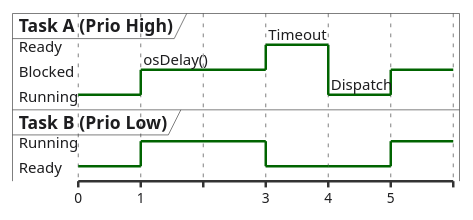
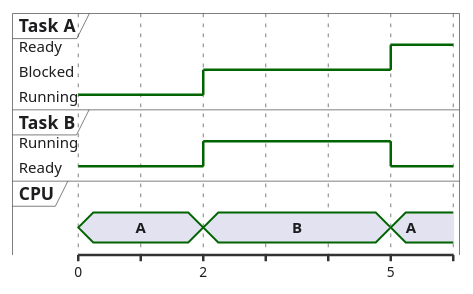
Before and after one commit to dantschi/echtzeitsysteme: the fifth of 8 diagrams in vorlesungen/03_einfuehrung-rtos.qmd, drawn with PlantUML. The commit also changed other lines of this file and 1 other file, not shown here.

````diff
--- a/vorlesungen/03_einfuehrung-rtos.qmd
+++ b/vorlesungen/03_einfuehrung-rtos.qmd
@@ -413,39 +383,29 @@
 ```{.plantuml}
 @startuml
 skinparam backgroundColor transparent
 skinparam defaultFontName "Inter, sans-serif"
 skinparam defaultFontColor #1D1D1F
 skinparam ArrowColor #86868B
-skinparam NoteBackgroundColor #F5F5F7
-skinparam NoteBorderColor #E5E5EA
 skinparam timing {
   BackgroundColor #FFFFFF
   BorderColor #E5E5EA
   LineColor #1D1D1F
   SignalColor #E2001A
 }
-
-robust "Task A (Prio High)" as TA
-robust "Task B (Prio Low)" as TB
-
+robust "Task A" as A
+robust "Task B" as B
+concise "CPU" as CPU
 @0
-TA is Running
-TB is Ready
-
-@1
-TA is Blocked : osDelay()
-TB is Running
-
-@3
-TA is Ready : Timeout
-TB is Ready
-
-@4
-TA is Running : Dispatch
-TB is Ready
-
+A is Running
+B is Ready
+CPU is A
+@2
+A is Blocked
+B is Running
+CPU is B
 @5
-TA is Blocked
-TB is Running
+A is Ready
+B is Ready
+CPU is A
 @enduml
 ```
````
